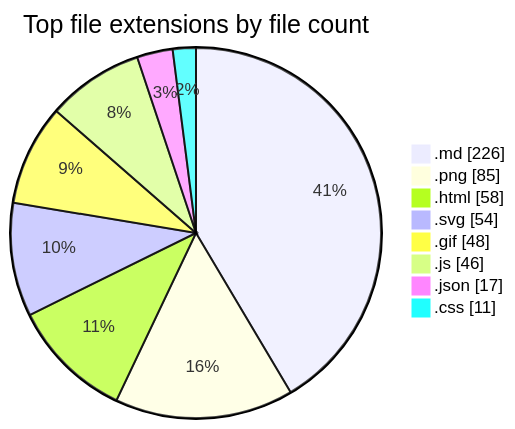
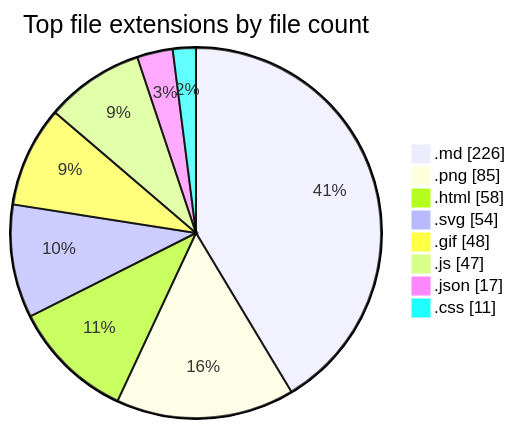
The second of 2 diagrams in README.md (tchinso/tchinso), drawn with Mermaid before and after one commit. The commit also changed other lines of this file, not shown here.

````diff
--- a/README.md
+++ b/README.md
@@ -49,12 +49,12 @@
 ```mermaid
 pie showData
     title Top file extensions by file count
     ".md" : 226
     ".png" : 85
     ".html" : 58
     ".svg" : 54
     ".gif" : 48
-    ".js" : 46
+    ".js" : 47
     ".json" : 17
     ".css" : 11
 ```
````
